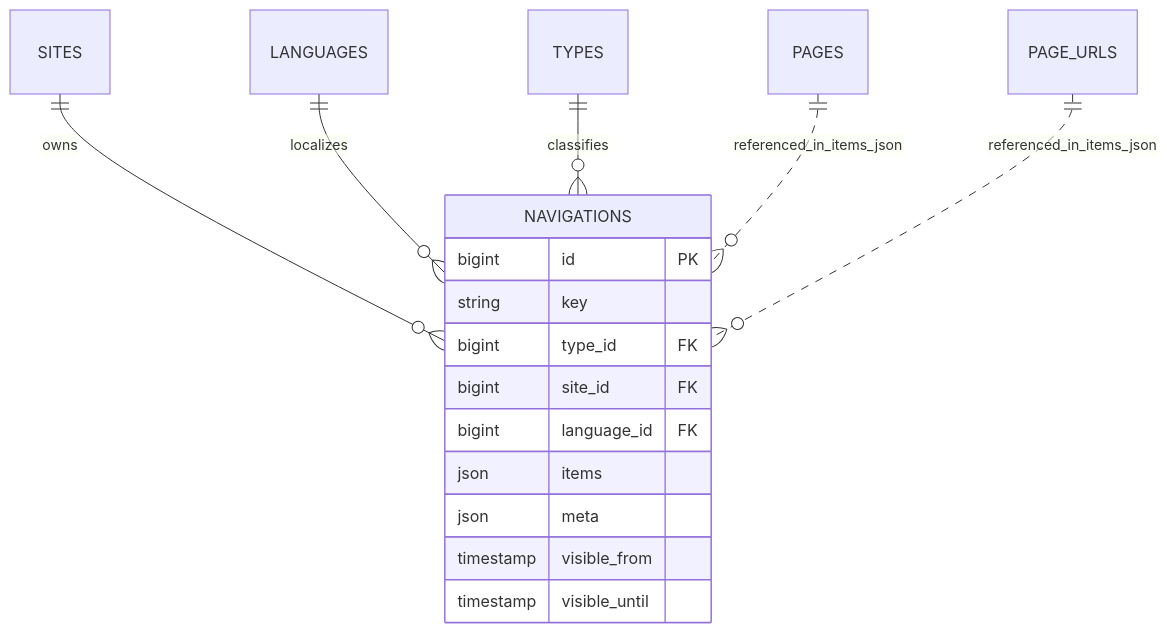
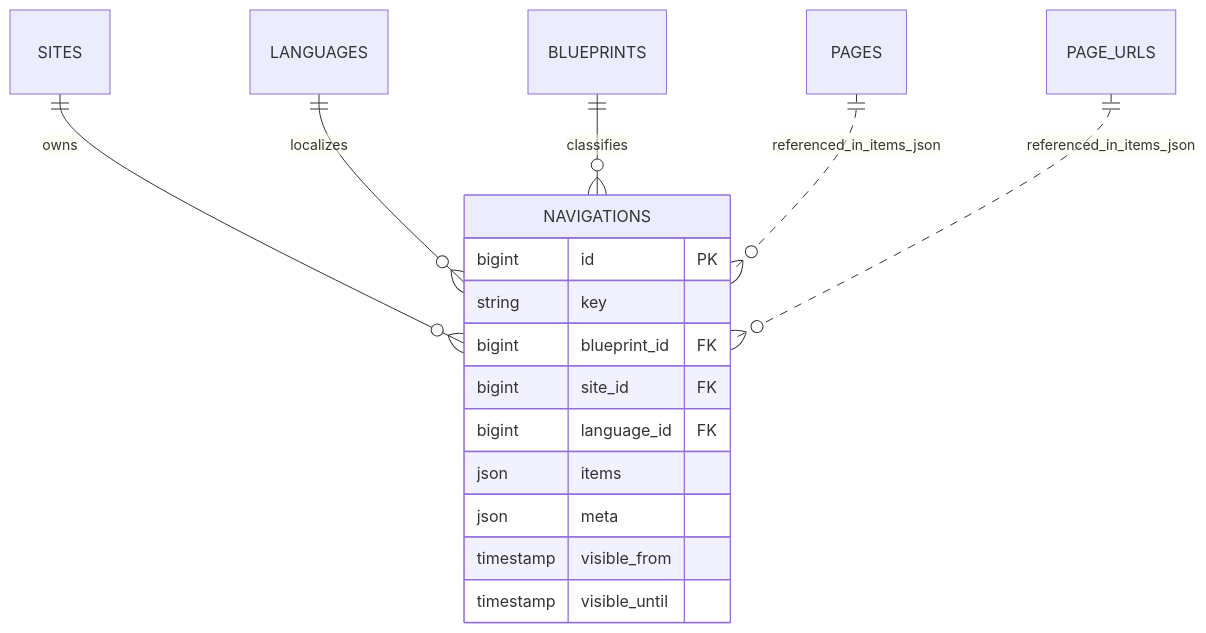
Before and after one commit to capell-app/navigation: the diagram in docs/overview.md, drawn with Mermaid. The commit also changed other lines of this file and 56 other files, not shown here.

````diff
--- a/docs/overview.md
+++ b/docs/overview.md
@@ -103,20 +117,20 @@
 ```mermaid
 erDiagram
     SITES ||--o{ NAVIGATIONS : owns
     LANGUAGES ||--o{ NAVIGATIONS : localizes
-    TYPES ||--o{ NAVIGATIONS : classifies
+    BLUEPRINTS ||--o{ NAVIGATIONS : classifies
     PAGES ||..o{ NAVIGATIONS : referenced_in_items_json
     PAGE_URLS ||..o{ NAVIGATIONS : referenced_in_items_json
 
     NAVIGATIONS {
         bigint id PK
         string key
-        bigint type_id FK
+        bigint blueprint_id FK
         bigint site_id FK
         bigint language_id FK
         json items
         json meta
         timestamp visible_from
         timestamp visible_until
     }
 ```
````
